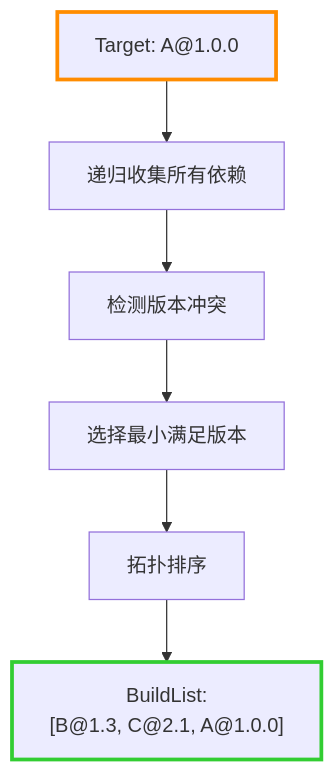
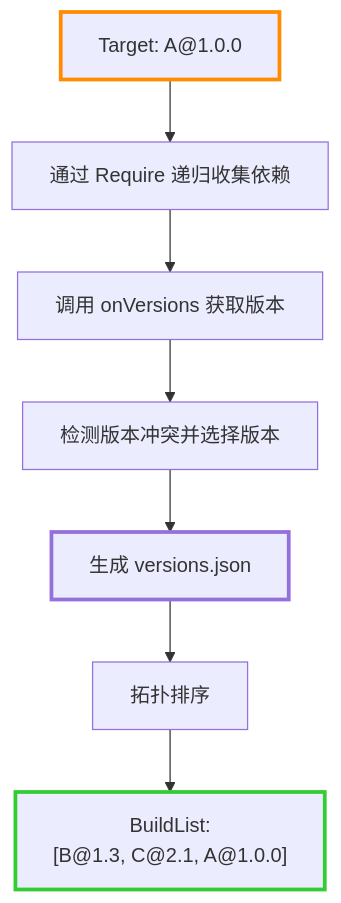
One commit to goplus/llar changed the third of 12 diagrams in docs/mvs-algorithm-design.md. Above: the diagram before and after it, drawn with Mermaid. The commit also changed other lines of this file and 3 other files, not shown here.

````diff
--- a/docs/mvs-algorithm-design.md
+++ b/docs/mvs-algorithm-design.md
@@ -85,11 +90,13 @@
 ```mermaid
 graph TD
-A["Target: A@1.0.0"] --> B["递归收集所有依赖"]
-B --> C["检测版本冲突"]
-C --> D["选择最小满足版本"]
-D --> E["拓扑排序"]
-E --> F["BuildList:<br/>[B@1.3, C@2.1, A@1.0.0]"]
+A["Target: A@1.0.0"] --> B["通过 Require 递归收集依赖"]
+B --> C["调用 onVersions 获取版本"]
+C --> D["检测版本冲突并选择版本"]
+D --> E["生成 versions.json"]
+E --> F["拓扑排序"]
+F --> G["BuildList:<br/>[B@1.3, C@2.1, A@1.0.0]"]
 
 style A stroke:#FF8C00,stroke-width:3px
-style F stroke:#32CD32,stroke-width:3px
+style E stroke:#9370DB,stroke-width:3px
+style G stroke:#32CD32,stroke-width:3px
 ```
````
